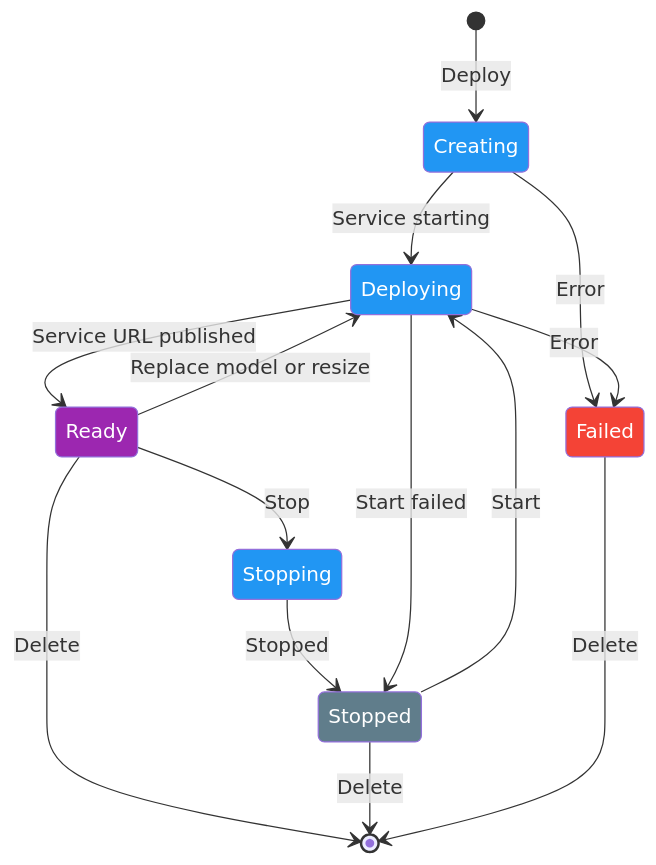
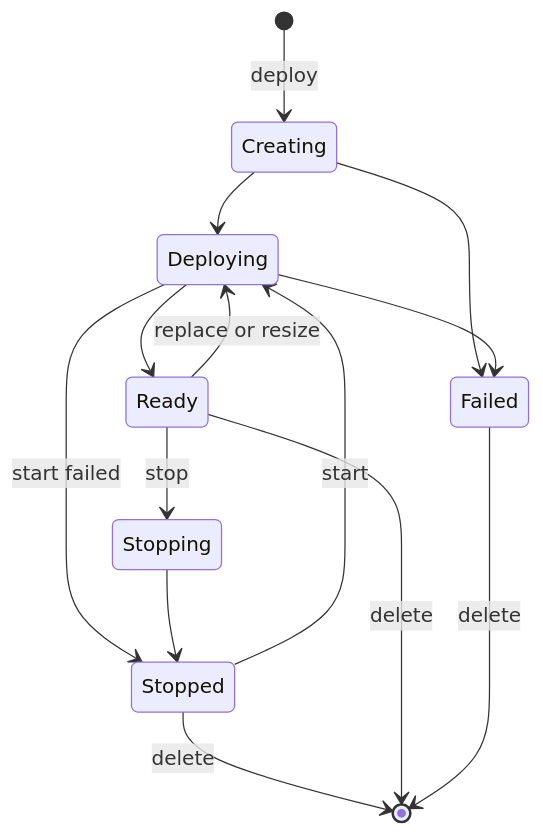
Before and after one commit to ultralytics/ultralytics: the first of 2 diagrams in docs/en/platform/deploy/endpoints.md, drawn with Mermaid. The commit also changed other lines of this file and 20 other files, not shown here.

Commit message:
Migrate docs Mermaid diagrams to the unified design system (#26573)

````diff
--- a/docs/en/platform/deploy/endpoints.md
+++ b/docs/en/platform/deploy/endpoints.md
@@ -42,25 +42,17 @@
 ```mermaid
 stateDiagram-v2
-    [*] --> Creating: Deploy
-    Creating --> Deploying: Service starting
-    Deploying --> Ready: Service URL published
-    Ready --> Stopping: Stop
-    Ready --> Deploying: Replace model or resize
-    Stopping --> Stopped: Stopped
-    Stopped --> Deploying: Start
-    Deploying --> Stopped: Start failed
-    Ready --> [*]: Delete
-    Stopped --> [*]: Delete
-    Creating --> Failed: Error
-    Deploying --> Failed: Error
-    Failed --> [*]: Delete
-
-    classDef proc fill:#2196F3,color:#fff
-    classDef out fill:#9C27B0,color:#fff
-    classDef error fill:#F44336,color:#fff
-    classDef extern fill:#607D8B,color:#fff
-    class Creating,Deploying,Stopping proc
-    class Ready out
+    [*] --> Creating: deploy
+    Stopped --> Deploying: start
+    Stopped --> [*]: delete
+    Ready --> Stopping: stop
+    Ready --> Deploying: replace or resize
+    Deploying --> Stopped: start failed
+    Stopping --> Stopped
+    Creating --> Failed
+    Creating --> Deploying
+    Deploying --> Ready
+    Ready --> [*]: delete
+    Deploying --> Failed
+    Failed --> [*]: delete
     class Failed error
-    class Stopped extern
 ```
````
